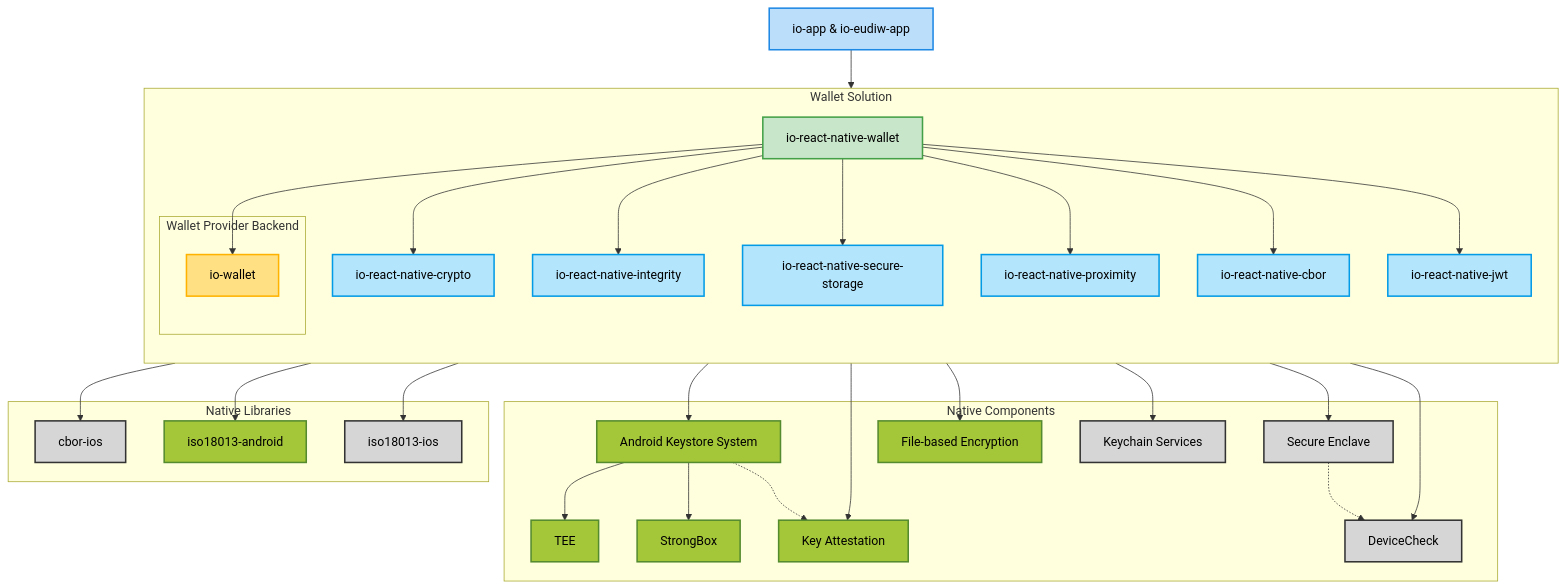
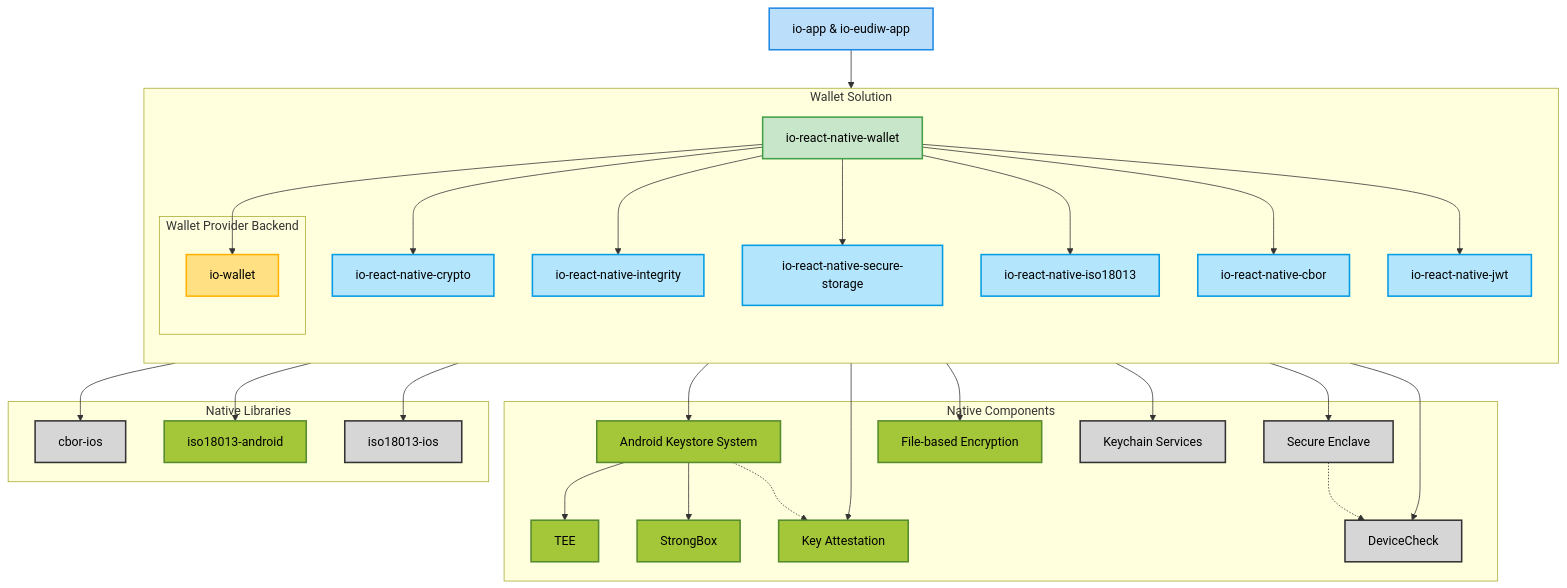
One commit to pagopa/digital-identity-wallet changed the diagram in README.md. Above: the diagram before and after it, drawn with Mermaid. The commit also changed other lines of this file, not shown here.

Commit message:
Fix proximity package

````diff
--- a/README.md
+++ b/README.md
@@ -6,71 +6,71 @@
 ```mermaid
 flowchart TD
  subgraph Wallet_Solution["Wallet Solution"]
     direction TB
         iornw["io-react-native-wallet"]
         iornc["io-react-native-crypto"]
         iorni["io-react-native-integrity"]
         iornss["io-react-native-secure-storage"]
-        iornprx["io-react-native-proximity"]
+        iornprx["io-react-native-iso18013"]
         iorncbor["io-react-native-cbor"]
         iornjwt["io-react-native-jwt"]
 
         subgraph Wallet_Provider_Backend["Wallet Provider Backend"]
             iw["io-wallet"]
         end
 
   end
 
  subgraph Native_Components["Native Components"]
         akss["Android Keystore System"]
         se["Secure Enclave"]
         TEE["TEE"]
         StrongBox["StrongBox"]
         fbe["File-based Encryption"]
         ks["Keychain Services"]
         ka["Key Attestation"]
         dc["DeviceCheck"]
   end
  subgraph Native_Libraries["Native Libraries"]
         cborios["cbor-ios"]
         iso18013android["iso18013-android"]
         iso18013ios["iso18013-ios"]
   end
     ioa["io-app & io-eudiw-app"] --> iornw
     iornw --> iw & iornc & iorni & iornss & iornprx & iorncbor & iornjwt
     iornc --> akss & se
     akss --> TEE & StrongBox
     iornss --> fbe & ks
     iorni --> ka & dc
     akss -.-> ka
     se -.-> dc
     iornprx --> iso18013android & iso18013ios
     iorncbor --> cborios
      iornw:::wallet
      iornc:::data
      iorni:::data
      iornss:::data
      iornprx:::data
      iorncbor:::data
      iornjwt:::data
      iw:::backend
      akss:::android
      se:::ios
      TEE:::android
      StrongBox:::android
      fbe:::android
      ks:::ios
      ka:::android
      dc:::ios
      cborios:::ios
      iso18013android:::android
      iso18013ios:::ios
      ioa:::main
 
     classDef main fill:#bbdefb,stroke:#1e88e5,stroke-width:2px,color:#000000
     classDef backend fill:#ffe082,stroke:#ffb300,stroke-width:2px,color:#000000
     classDef wallet fill:#c8e6c9,stroke:#43a047,stroke-width:2px,color:#000000
     classDef data fill:#b3e5fc,stroke:#039be5,stroke-width:2px,color:#000000
     classDef android fill:#A4C639,stroke:#558B2F,stroke-width:2px,color:#000000
     classDef ios fill:#d6d6d6,stroke:#333333,stroke-width:2px,color:#000000
 ```
````
